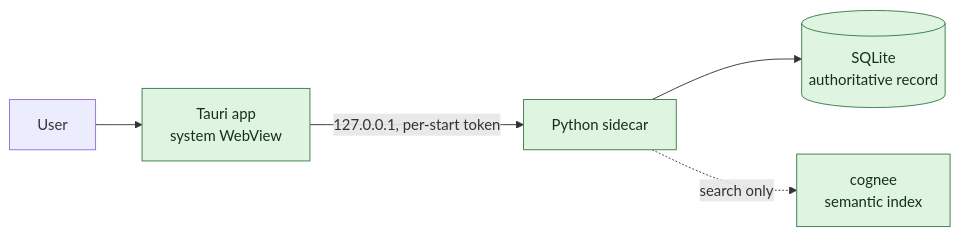
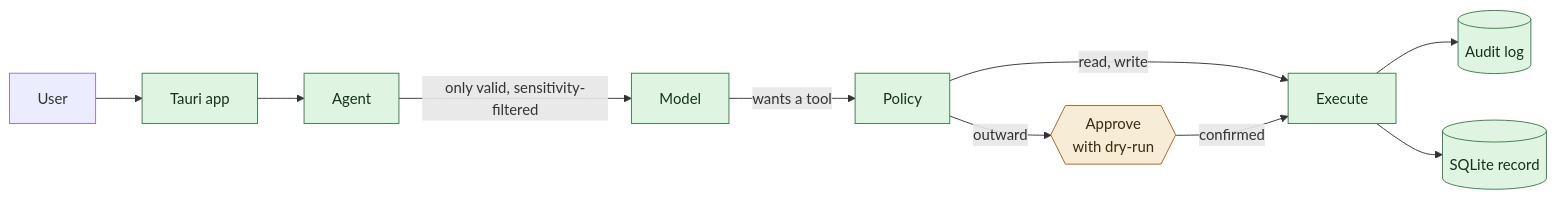
Before and after one commit to Icarus-health/Icarus: the diagram in README.md, drawn with Mermaid. The commit also changed other lines of this file and 14 other files, not shown here.

````diff
--- a/README.md
+++ b/README.md
@@ -31,10 +30,17 @@
 ```mermaid
 flowchart LR
-    U[User] --> UI[Tauri app<br/>system WebView]
-    UI -->|"127.0.0.1, per-start token"| SC[Python sidecar]
-    SC --> SQL[(SQLite<br/>authoritative record)]
-    SC -.->|search only| COG[cognee<br/>semantic index]
+    U[User] --> UI[Tauri app]
+    UI --> AG[Agent]
+    AG -->|"only valid, sensitivity-filtered"| M[Model]
+    M -->|"wants a tool"| P[Policy]
+    P -->|read, write| R[Execute]
+    P -->|outward| A{{"Approve<br/>with dry-run"}}
+    A -->|confirmed| R
+    R --> L[(Audit log)]
+    R --> SQL[(SQLite record)]
 
     classDef built fill:#dff5e1,stroke:#3b7a4b,color:#14311d
-    class UI,SC,SQL,COG built
+    classDef gate fill:#f7ecd5,stroke:#a8621f,color:#3a2a12
+    class UI,AG,M,P,R,L,SQL built
+    class A gate
 ```
````
